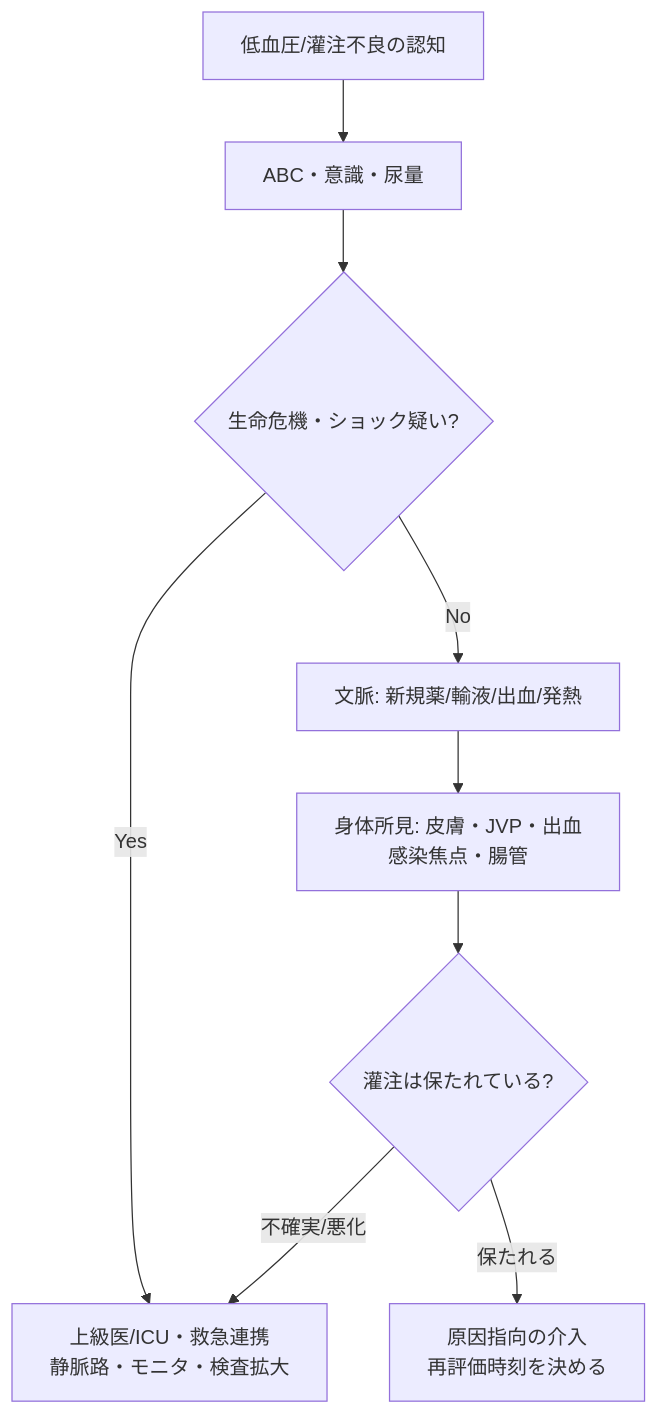
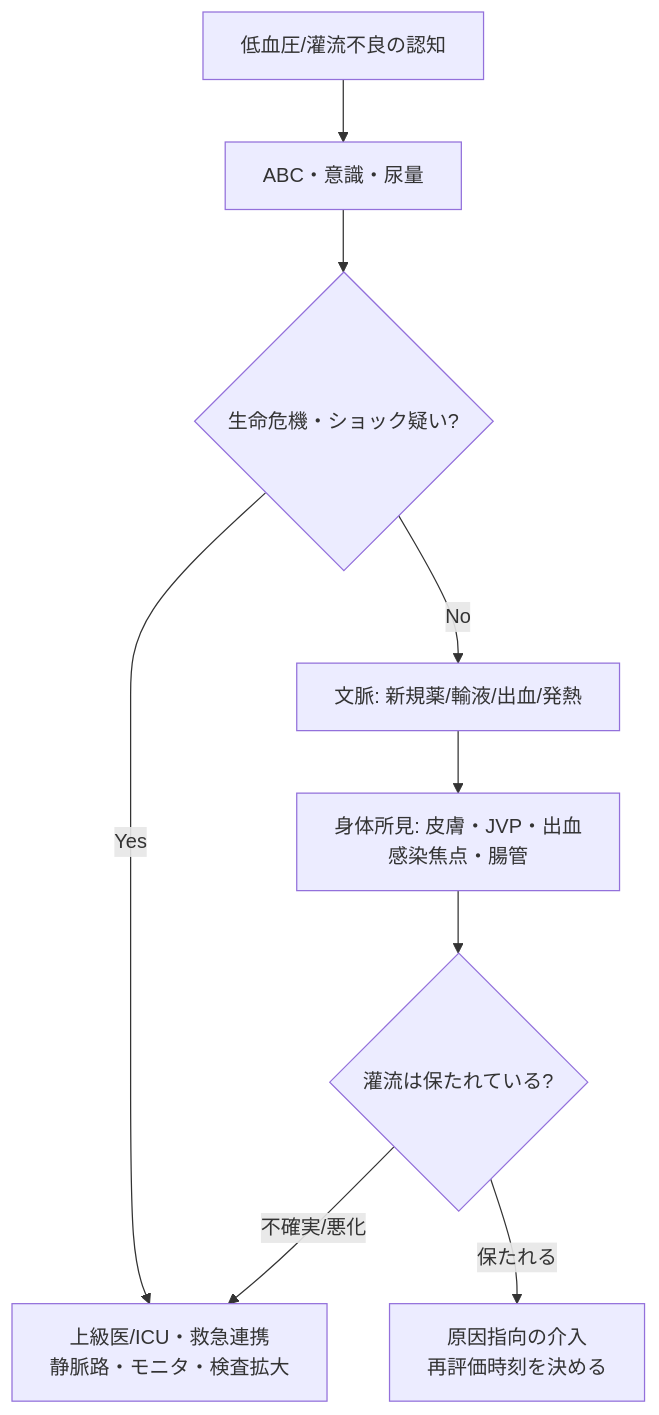
Before and after one commit to kazuakifukushima/minor-trouble: the diagram in topics/vitals/hypotension.qmd, drawn with Mermaid. The commit also changed other lines of this file and 4 other files, not shown here.

````diff
--- a/topics/vitals/hypotension.qmd
+++ b/topics/vitals/hypotension.qmd
@@ -31,11 +31,11 @@
 ```{mermaid}
 flowchart TD
-  A[低血圧/灌注不良の認知] --> B[ABC・意識・尿量]
+  A[低血圧/灌流不良の認知] --> B[ABC・意識・尿量]
   B --> C{生命危機・ショック疑い?}
   C -->|Yes| U[上級医/ICU・救急連携<br/>静脈路・モニタ・検査拡大]
   C -->|No| D[文脈: 新規薬/輸液/出血/発熱]
   D --> E[身体所見: 皮膚・JVP・出血<br/>感染焦点・腸管]
-  E --> F{灌注は保たれている?}
+  E --> F{灌流は保たれている?}
   F -->|不確実/悪化| U
   F -->|保たれる| G[原因指向の介入<br/>再評価時刻を決める]
 ```
````
